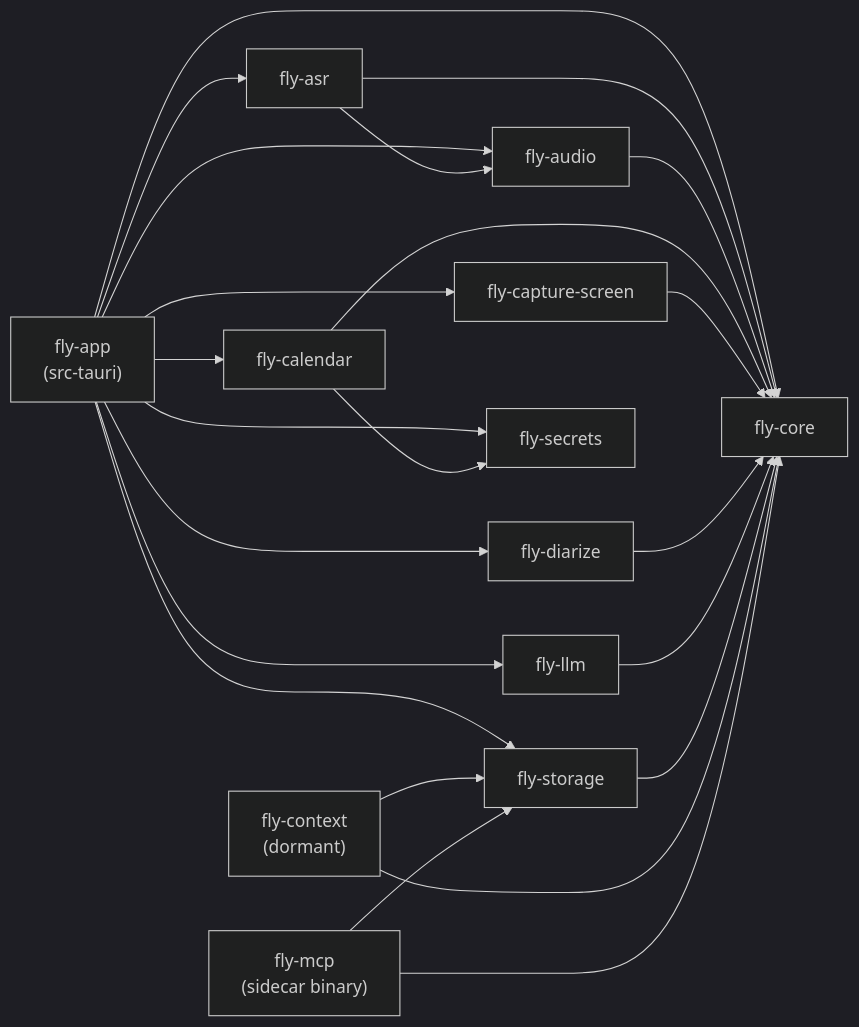
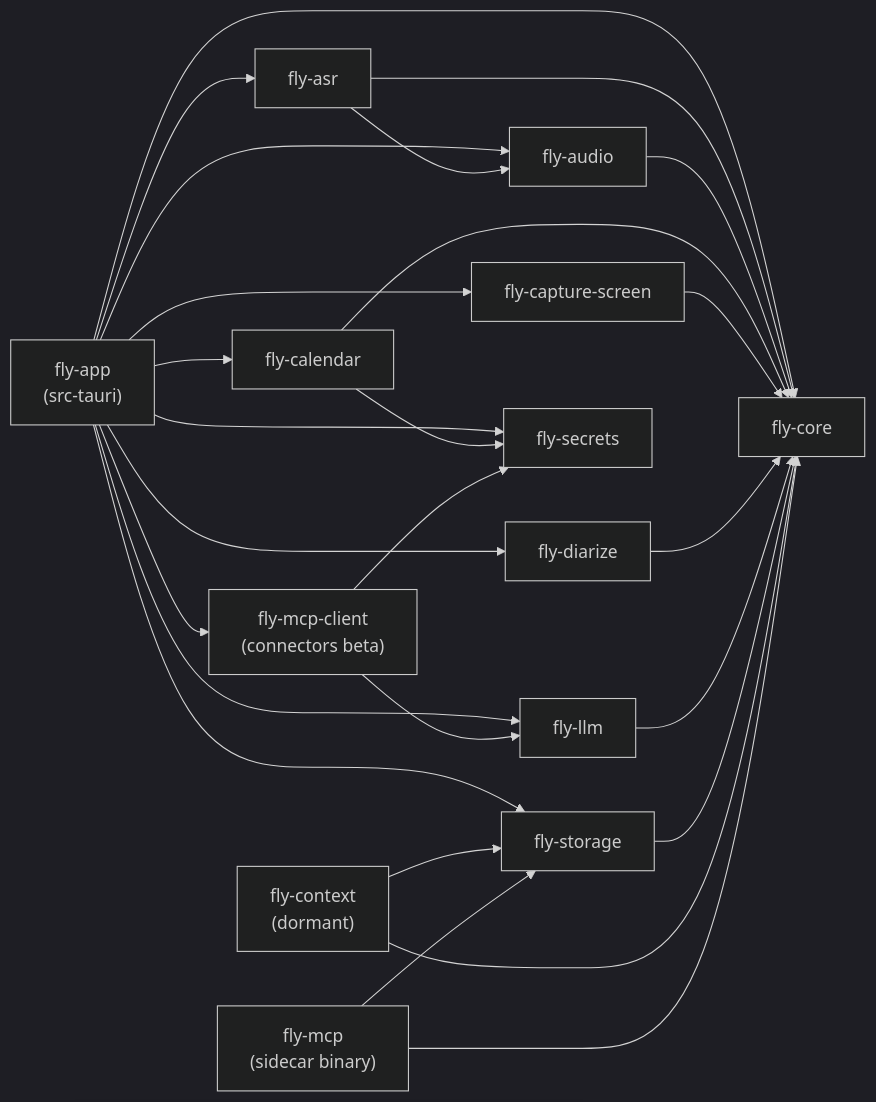
The first of 2 diagrams in docs/components/README.md (swarnavspujari/fly-on-the-wall), drawn with Mermaid (dark theme) before and after one commit. The commit also changed other lines of this file and 20 other files, not shown here.

````diff
--- a/docs/components/README.md
+++ b/docs/components/README.md
@@ -83,26 +85,28 @@
 ```mermaid
 flowchart LR
   app["fly-app<br/>(src-tauri)"]
   mcp["fly-mcp<br/>(sidecar binary)"]
+  mcpc["fly-mcp-client<br/>(connectors beta)"]
   ctx["fly-context<br/>(dormant)"]
   core["fly-core"]
   audio["fly-audio"]
   asr["fly-asr"]
   diar["fly-diarize"]
   llm["fly-llm"]
   cal["fly-calendar"]
   cap["fly-capture-screen"]
   sto["fly-storage"]
   sec["fly-secrets"]
 
-  app --> asr & audio & cal & cap & core & diar & llm & sec & sto
+  app --> asr & audio & cal & cap & core & diar & llm & mcpc & sec & sto
   asr --> audio & core
   audio --> core
   cal --> core & sec
   cap --> core
   diar --> core
   llm --> core
   sto --> core
   ctx --> core & sto
   mcp --> core & sto
+  mcpc --> llm & sec
 ```
````
